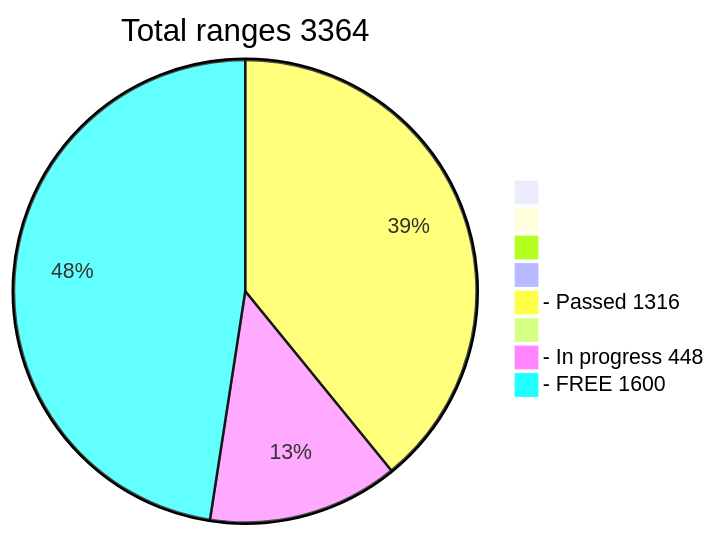
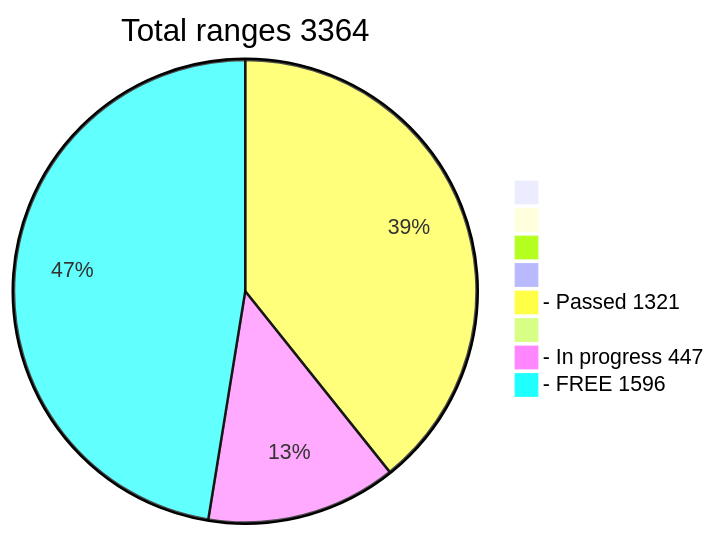
One commit to phrutis/wif500 changed the diagram in README.md. Above: the diagram before and after it, drawn with Mermaid.

````diff
--- a/README.md
+++ b/README.md
@@ -16,12 +16,12 @@
 ```mermaid
 pie title Total ranges 3364
              " " : 0
             "  " : 0
            "   " : 0
           "    " : 0
-  "- Passed 1316" : 1316
+  "- Passed 1321" : 1321
          "     " : 0
-  "- In progress 448" : 448
-   "- FREE 1600" : 1600
+  "- In progress 447" : 447
+   "- FREE 1596" : 1596
    
 ```
````
